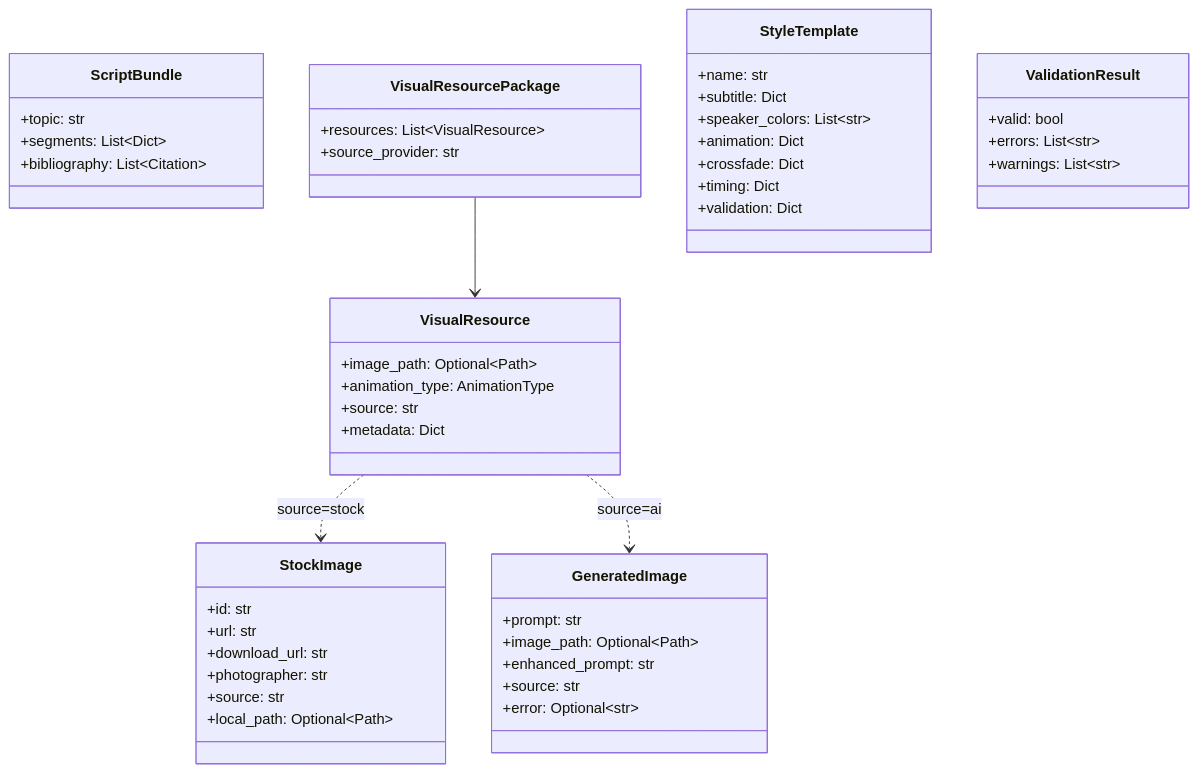
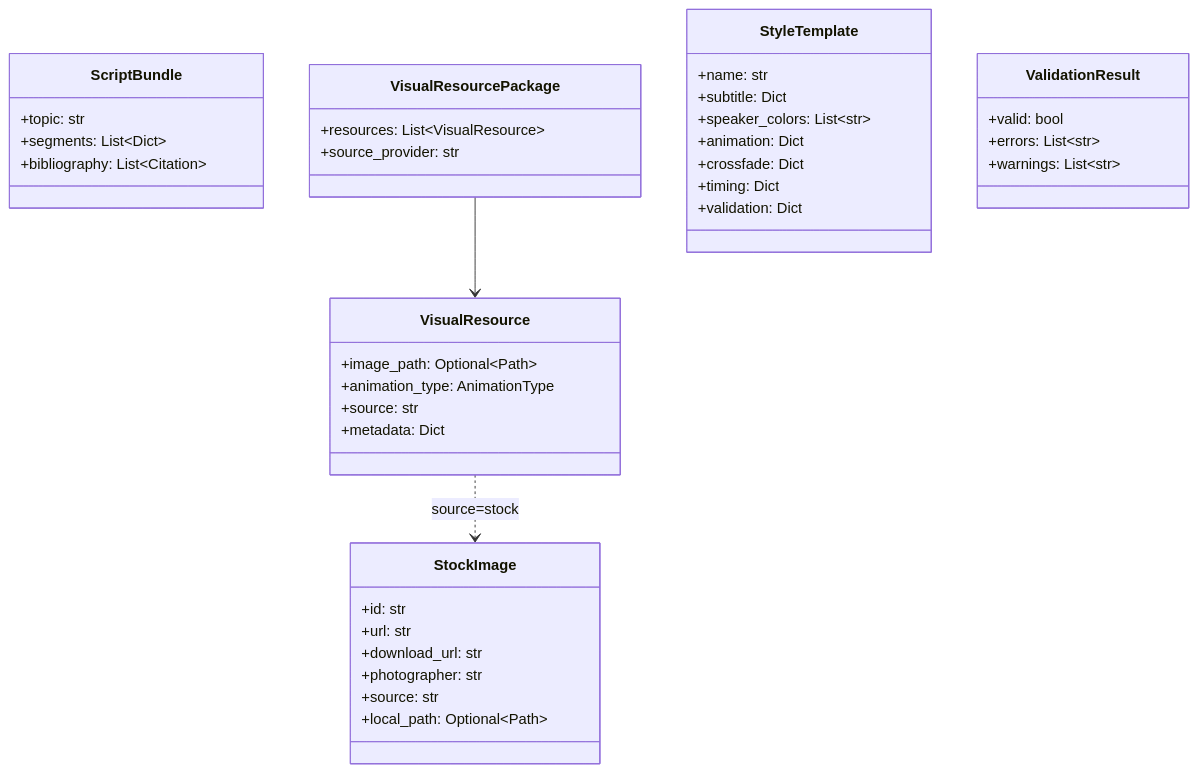
The second of 3 diagrams in docs/system_architecture.md (YuShimoji/NLMandSlideVideoGenerator), drawn with Mermaid before and after one commit. The commit also changed other lines of this file and 23 other files, not shown here.

````diff
--- a/docs/system_architecture.md
+++ b/docs/system_architecture.md
@@ -112,57 +108,48 @@
 ```mermaid
 classDiagram
     class ScriptBundle {
         +topic: str
         +segments: List~Dict~
         +bibliography: List~Citation~
     }
 
     class VisualResourcePackage {
         +resources: List~VisualResource~
         +source_provider: str
     }
 
     class VisualResource {
         +image_path: Optional~Path~
         +animation_type: AnimationType
         +source: str
         +metadata: Dict
     }
 
     class StockImage {
         +id: str
         +url: str
         +download_url: str
         +photographer: str
         +source: str
         +local_path: Optional~Path~
     }
 
-    class GeneratedImage {
-        +prompt: str
-        +image_path: Optional~Path~
-        +enhanced_prompt: str
-        +source: str
-        +error: Optional~str~
-    }
-
     class StyleTemplate {
         +name: str
         +subtitle: Dict
         +speaker_colors: List~str~
         +animation: Dict
         +crossfade: Dict
         +timing: Dict
         +validation: Dict
     }
 
     class ValidationResult {
         +valid: bool
         +errors: List~str~
         +warnings: List~str~
     }
 
     VisualResourcePackage --> VisualResource
     VisualResource ..> StockImage : source=stock
-    VisualResource ..> GeneratedImage : source=ai
 ```
````
